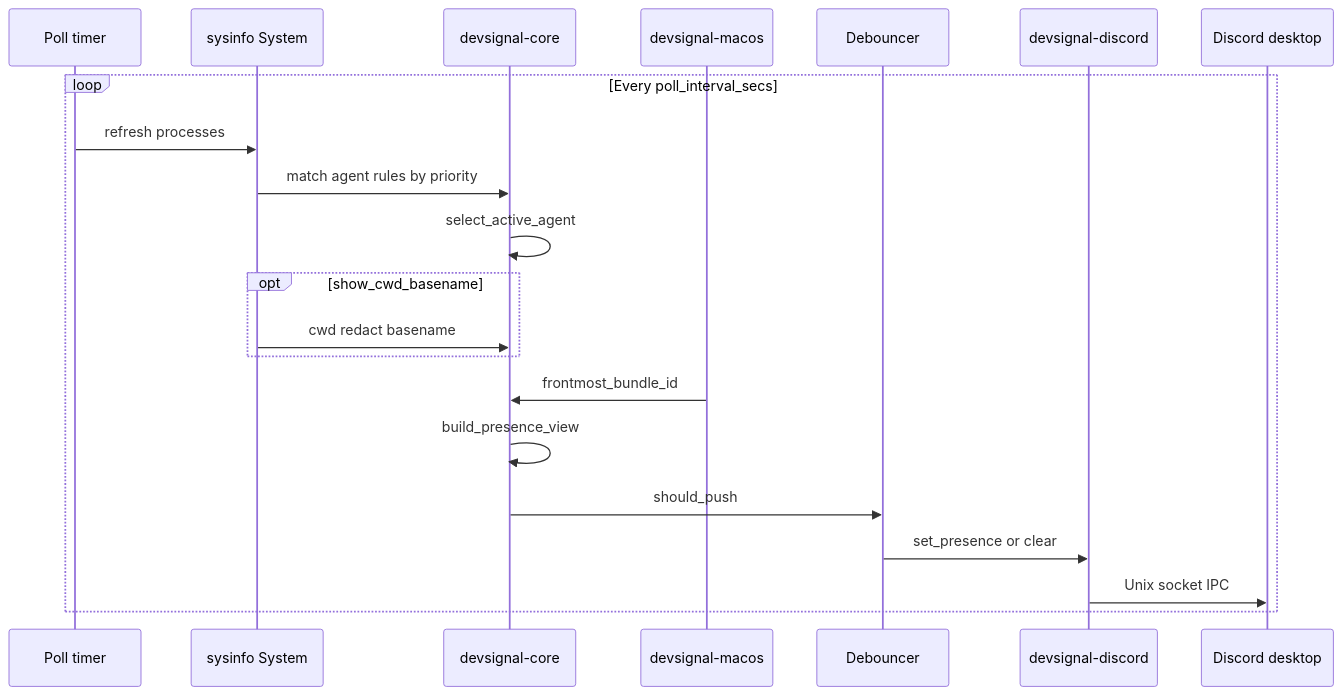
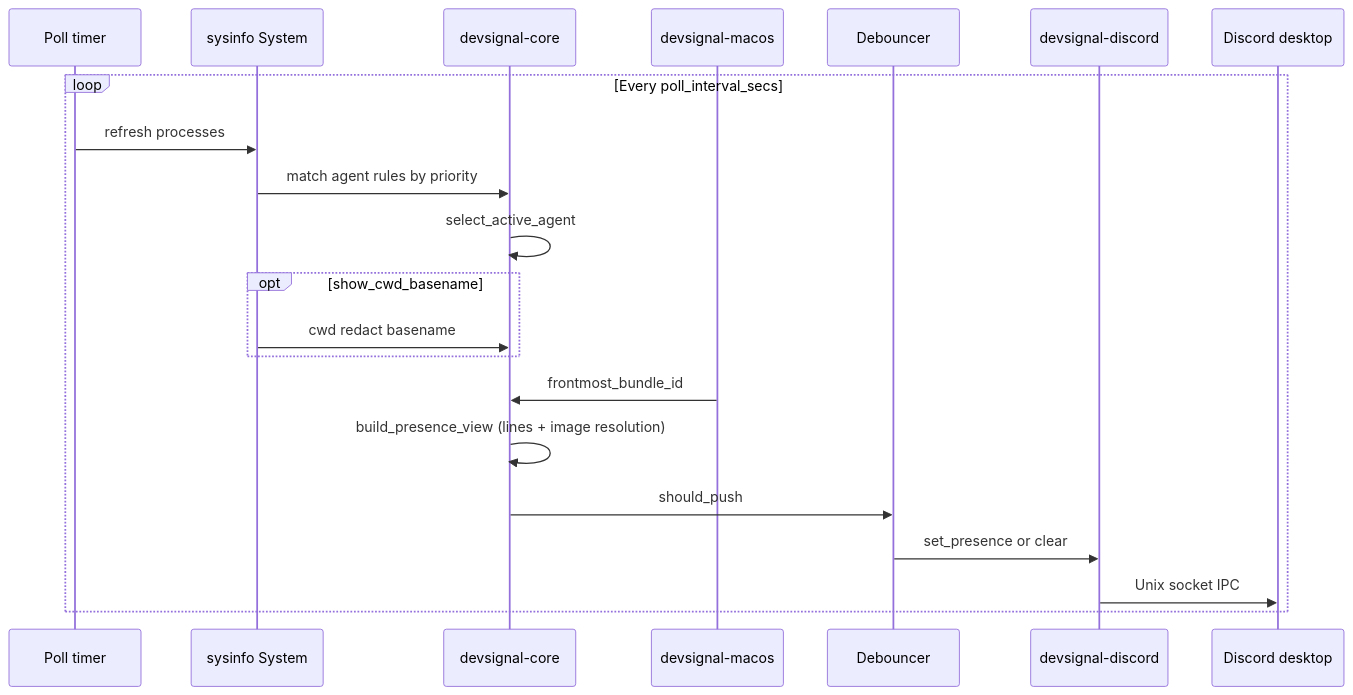
The second of 4 diagrams in README.md (rabbive/devsignal), drawn with Mermaid before and after one commit. The commit also changed other lines of this file and 57 other files, not shown here.

````diff
--- a/README.md
+++ b/README.md
@@ -197,24 +249,24 @@
 ```mermaid
 sequenceDiagram
   participant Timer as Poll timer
   participant Sys as sysinfo System
   participant Core as devsignal-core
   participant Mac as devsignal-macos
   participant Deb as Debouncer
   participant DRP as devsignal-discord
   participant DC as Discord desktop
 
   loop Every poll_interval_secs
     Timer->>Sys: refresh processes
     Sys->>Core: match agent rules by priority
     Core->>Core: select_active_agent
     opt show_cwd_basename
       Sys->>Core: cwd redact basename
     end
     Mac->>Core: frontmost_bundle_id
-    Core->>Core: build_presence_view
+    Core->>Core: build_presence_view (lines + image resolution)
     Core->>Deb: should_push
     Deb->>DRP: set_presence or clear
     DRP->>DC: Unix socket IPC
   end
 ```
````
